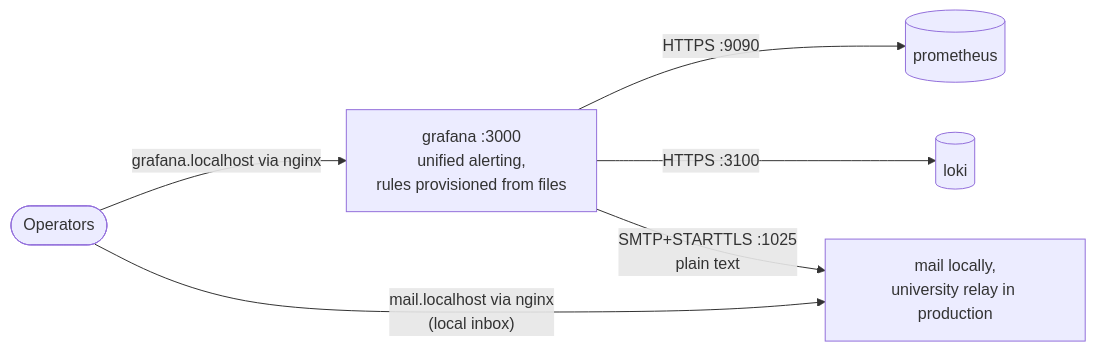
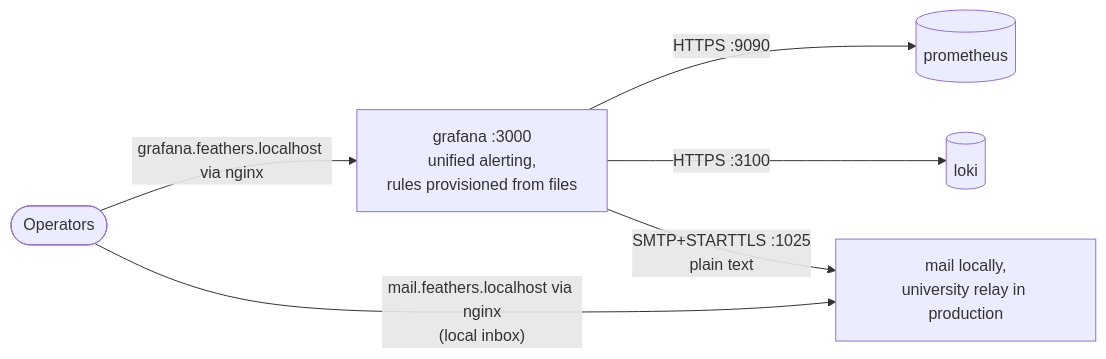
The third of 3 diagrams in docs/adr_v2/diagrams/observability.md (rabalyn/feathers-skeleton-stack), drawn with Mermaid before and after one commit. The commit also changed other lines of this file and 72 other files, not shown here.

````diff
--- a/docs/adr_v2/diagrams/observability.md
+++ b/docs/adr_v2/diagrams/observability.md
@@ -53,9 +53,9 @@
 ```mermaid
 flowchart LR
   grafana["grafana :3000<br>unified alerting,<br>rules provisioned from files"]
   grafana -->|"HTTPS :9090"| prom[("prometheus")]
   grafana -->|"HTTPS :3100"| loki[("loki")]
   grafana -->|"SMTP+STARTTLS :1025<br>plain text"| mail["mail locally,<br>university relay in production"]
-  people(["Operators"]) -->|"grafana.localhost via nginx"| grafana
-  people -->|"mail.localhost via nginx<br>(local inbox)"| mail
+  people(["Operators"]) -->|"grafana.feathers.localhost via nginx"| grafana
+  people -->|"mail.feathers.localhost via nginx<br>(local inbox)"| mail
 ```
````
